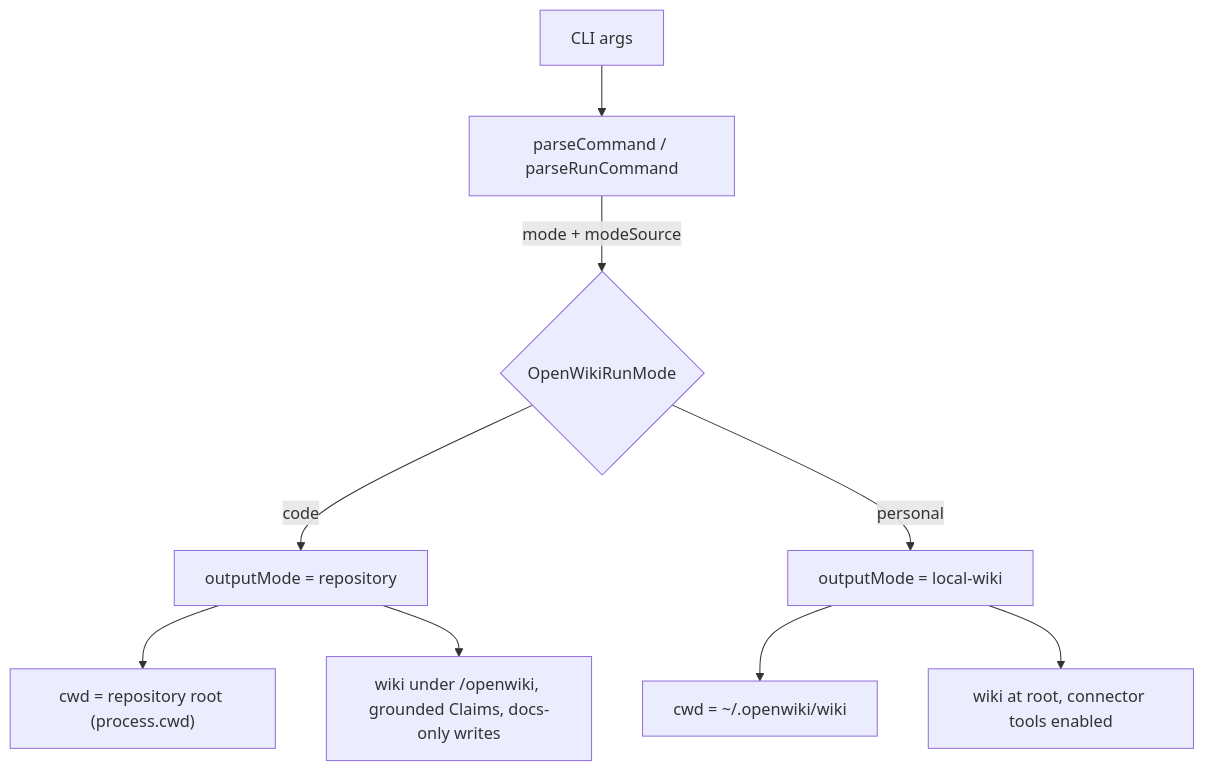
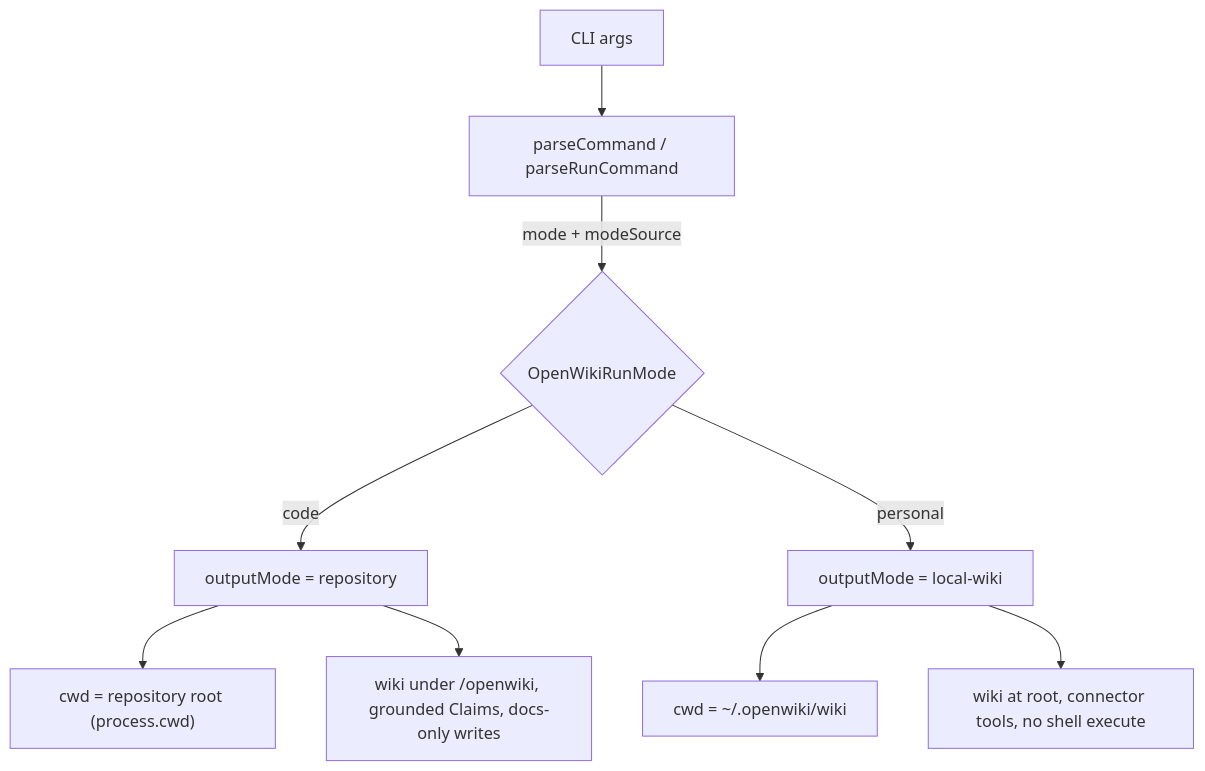
The diagram in packages/openwiki/openwiki/concepts/two-modes.md (plaire48/llm_router_desktop), drawn with Mermaid before and after one commit. The commit also changed other lines of this file and 552 other files, not shown here.

````diff
--- a/packages/openwiki/openwiki/concepts/two-modes.md
+++ b/packages/openwiki/openwiki/concepts/two-modes.md
@@ -55,11 +65,11 @@
 ```mermaid
 flowchart TD
   CLI["CLI args"] --> Parse["parseCommand / parseRunCommand"]
   Parse -->|"mode + modeSource"| RunMode{"OpenWikiRunMode"}
   RunMode -->|"code"| CodeOut["outputMode = repository"]
   RunMode -->|"personal"| PersOut["outputMode = local-wiki"]
   CodeOut --> CodeCwd["cwd = repository root (process.cwd)"]
   PersOut --> PersCwd["cwd = ~/.openwiki/wiki"]
   CodeOut --> CodeLayout["wiki under /openwiki, grounded Claims, docs-only writes"]
-  PersOut --> PersLayout["wiki at root, connector tools enabled"]
+  PersOut --> PersLayout["wiki at root, connector tools, no shell execute"]
 ```
````
